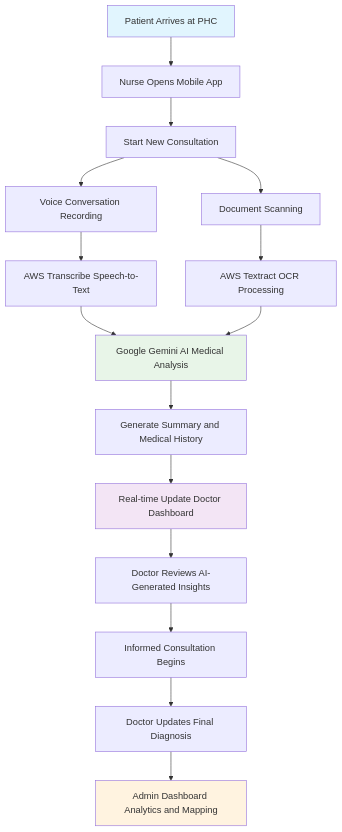
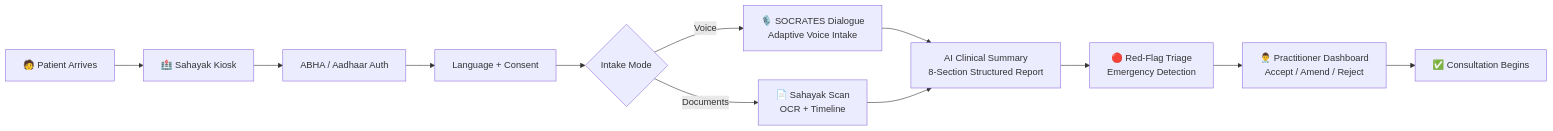
Before and after one commit to aryangoyal2401-dotcom/Bored.io: the diagram in README.md, drawn with Mermaid. The commit also changed other lines of this file and 12 other files, not shown here.

Commit message:
Update Sahayak kiosk and landing flow

````diff
--- a/README.md
+++ b/README.md
@@ -127,28 +39,14 @@
 ```mermaid
-graph TD
-    A[Patient Arrives at PHC] --> B[Nurse Opens Mobile App]
-    B --> C[Start New Consultation]
-    C --> D[Voice Conversation Recording]
-    C --> E[Document Scanning]
-
-    D --> F[AWS Transcribe Speech-to-Text]
-    E --> G[AWS Textract OCR Processing]
-
-    F --> H[Google Gemini AI Medical Analysis]
+graph LR
+    A[🧑 Patient Arrives] --> B[🏥 Sahayak Kiosk]
+    B --> C[ABHA / Aadhaar Auth]
+    C --> D[Language + Consent]
+    D --> E{Intake Mode}
+    E -->|Voice| F[🎙️ SOCRATES Dialogue<br/>Adaptive Voice Intake]
+    E -->|Documents| G[📄 Sahayak Scan<br/>OCR + Timeline]
+    F --> H[AI Clinical Summary<br/>8-Section Structured Report]
     G --> H
-
-    H --> I[Generate Summary and Medical History]
-
-    I --> J[Real-time Update Doctor Dashboard]
-
-    J --> K[Doctor Reviews AI-Generated Insights]
-    K --> L[Informed Consultation Begins]
-
-    L --> M[Doctor Updates Final Diagnosis]
-    M --> N[Admin Dashboard Analytics and Mapping]
-
-    style A fill:#e1f5fe
-    style J fill:#f3e5f5
-    style N fill:#fff3e0
-    style H fill:#e8f5e8
+    H --> I[🔴 Red-Flag Triage<br/>Emergency Detection]
+    I --> J[👨‍⚕️ Practitioner Dashboard<br/>Accept / Amend / Reject]
+    J --> K[✅ Consultation Begins]
 ```
````
